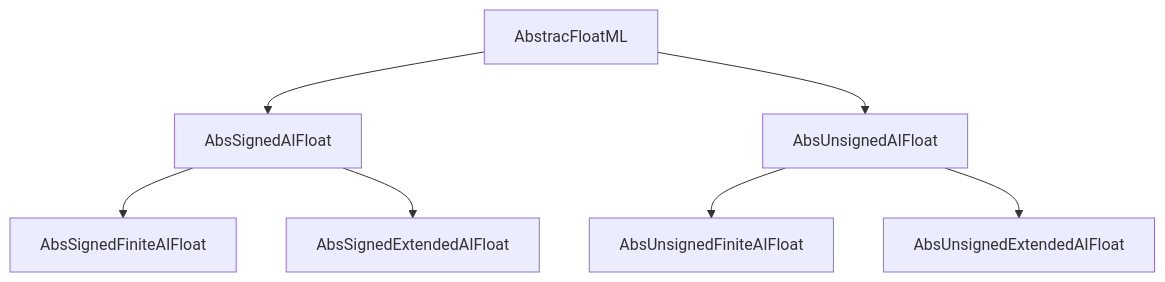
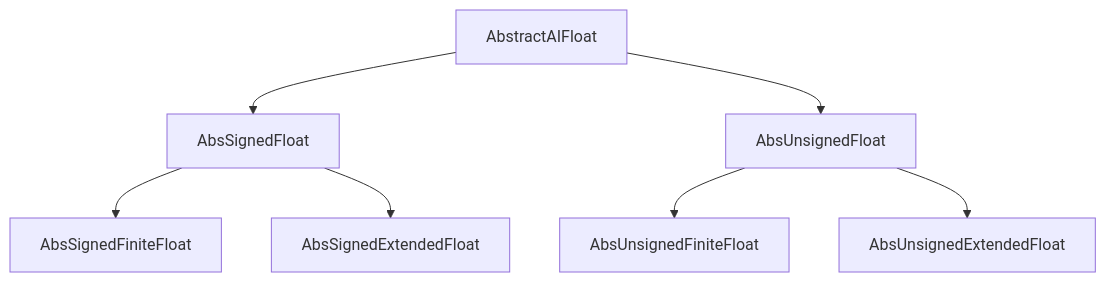
Before and after one commit to JeffreySarnoff/AIFloats.jl: the first of 2 diagrams in docs/src/abstractions.md, drawn with Mermaid. The commit also changed 49 other files, not shown here.

````diff
--- a/docs/src/abstractions.md
+++ b/docs/src/abstractions.md
@@ -5,10 +5,10 @@
 ```mermaid
 graph TD
-    A[AbstracFloatML]
-    A--> S[AbsSignedAIFloat]
-    A--> U[AbsUnsignedAIFloat]
-    S--> SF[AbsSignedFiniteAIFloat]
-    S--> SE[AbsSignedExtendedAIFloat]
-    U--> UF[AbsUnsignedFiniteAIFloat]
-    U--> UE[AbsUnsignedExtendedAIFloat]
+    A[AbstractAIFloat]
+    A--> S[AbsSignedFloat]
+    A--> U[AbsUnsignedFloat]
+    S--> SF[AbsSignedFiniteFloat]
+    S--> SE[AbsSignedExtendedFloat]
+    U--> UF[AbsUnsignedFiniteFloat]
+    U--> UE[AbsUnsignedExtendedFloat]
 ```
````
